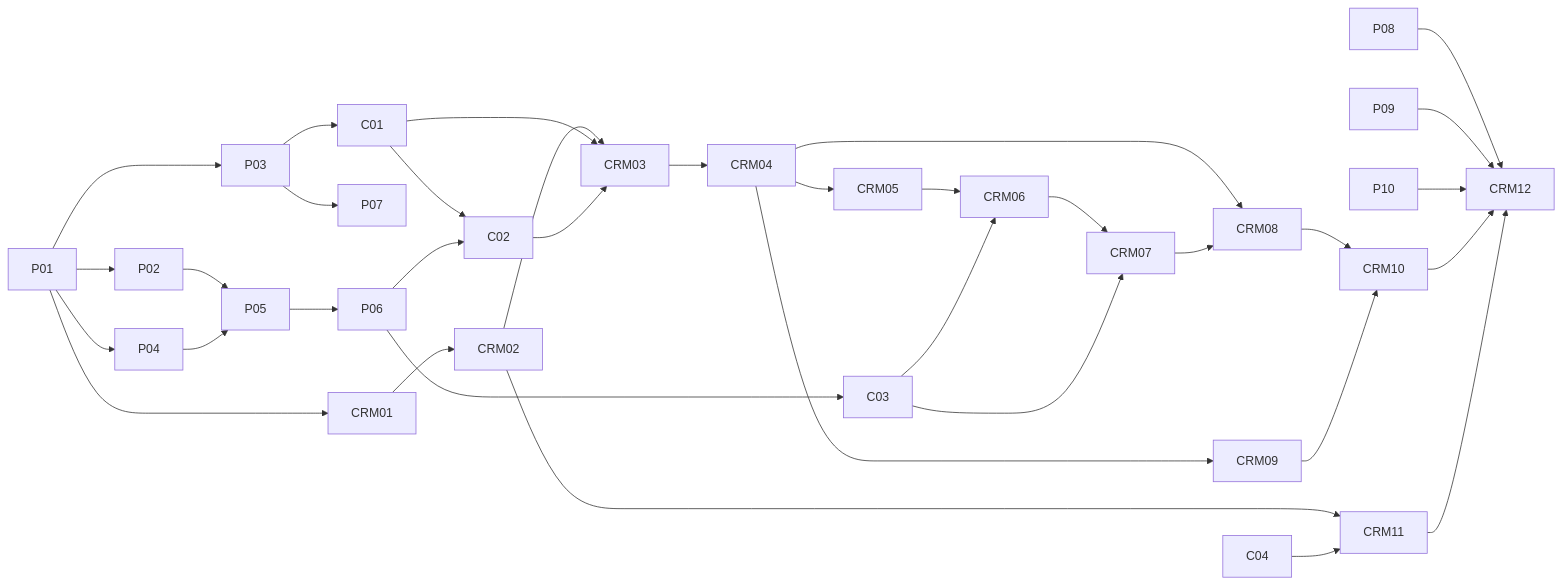
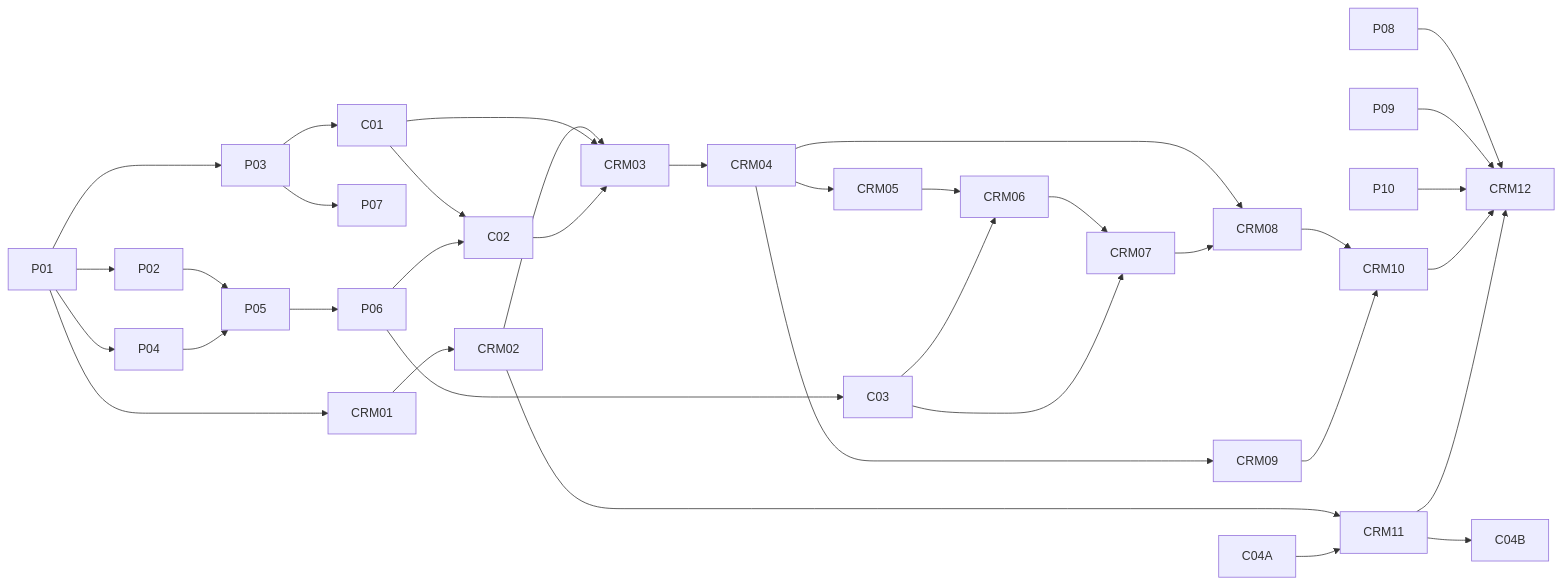
One commit to GTX537/CP6 changed the third of 3 diagrams in docs/crm/CRM-V1-EXECUTABLE-SPEC.md. Above: the diagram before and after it, drawn with Mermaid. The commit also changed other lines of this file and 1 other file, not shown here.

Commit message:
docs(crm): resolve spec review findings

````diff
--- a/docs/crm/CRM-V1-EXECUTABLE-SPEC.md
+++ b/docs/crm/CRM-V1-EXECUTABLE-SPEC.md
@@ -1136,26 +1138,26 @@
 ```mermaid
 flowchart LR
     P01 --> P02 --> P05 --> P06
     P01 --> P03 --> P07
     P01 --> P04 --> P05
     P03 --> C01 --> C02
     P06 --> C02
     P06 --> C03
     P01 --> CRM01 --> CRM02 --> CRM03 --> CRM04 --> CRM05 --> CRM06 --> CRM07
     C01 --> CRM03
     C02 --> CRM03
     C03 --> CRM06
     C03 --> CRM07
     CRM04 --> CRM09
     CRM04 --> CRM08
     CRM07 --> CRM08
     CRM08 --> CRM10
     CRM09 --> CRM10
     CRM02 --> CRM11
-    C04 --> CRM11
+    C04A --> CRM11 --> C04B
     P08 --> CRM12
     P09 --> CRM12
     P10 --> CRM12
     CRM10 --> CRM12
     CRM11 --> CRM12
 ```
````
